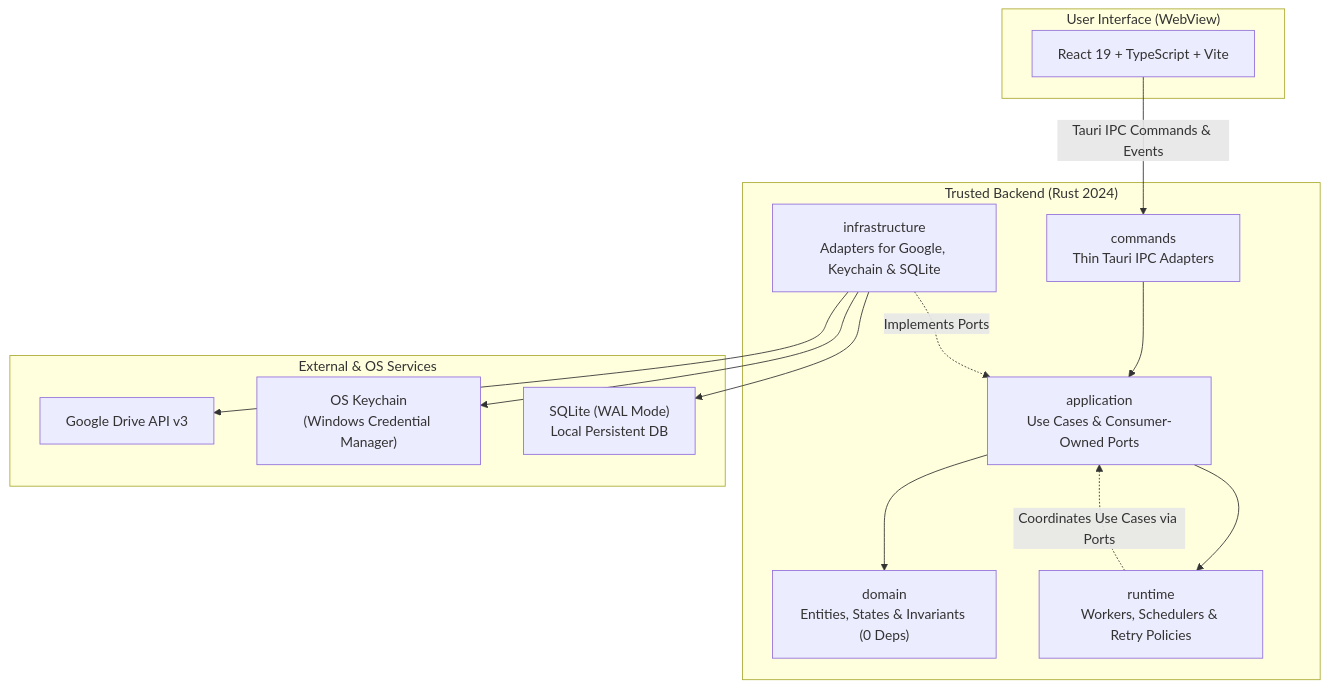
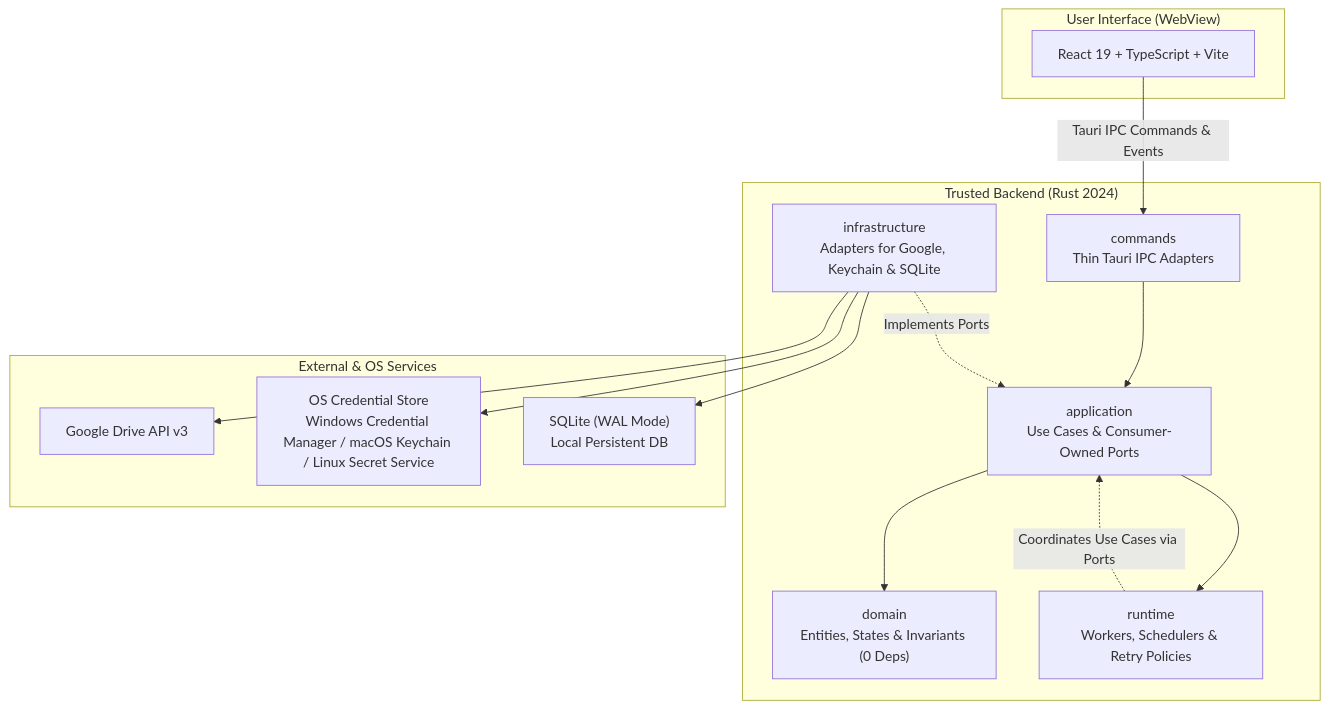
One commit to phucrio/gdom changed the first of 3 diagrams in docs/architecture.md. Above: the diagram before and after it, drawn with Mermaid. The commit also changed other lines of this file and 11 other files, not shown here.

````diff
--- a/docs/architecture.md
+++ b/docs/architecture.md
@@ -11,30 +11,30 @@
 ```mermaid
 graph TD
     subgraph UI ["User Interface (WebView)"]
         ReactApp["React 19 + TypeScript + Vite"]
     end
 
     subgraph Backend ["Trusted Backend (Rust 2024)"]
         Commands["commands<br/>Thin Tauri IPC Adapters"]
         Application["application<br/>Use Cases & Consumer-Owned Ports"]
         Domain["domain<br/>Entities, States & Invariants (0 Deps)"]
         Runtime["runtime<br/>Workers, Schedulers & Retry Policies"]
         Infrastructure["infrastructure<br/>Adapters for Google, Keychain & SQLite"]
     end
 
     subgraph External ["External & OS Services"]
         GoogleDrive["Google Drive API v3"]
-        Keychain["OS Keychain<br/>(Windows Credential Manager)"]
+        Keychain["OS Credential Store<br/>Windows Credential Manager / macOS Keychain / Linux Secret Service"]
         SQLite["SQLite (WAL Mode)<br/>Local Persistent DB"]
     end
 
     ReactApp -->|Tauri IPC Commands & Events| Commands
     Commands --> Application
     Application --> Domain
     Application --> Runtime
     Runtime -.->|Coordinates Use Cases via Ports| Application
     Infrastructure -.->|Implements Ports| Application
     Infrastructure --> GoogleDrive
     Infrastructure --> Keychain
     Infrastructure --> SQLite
 ```
````
